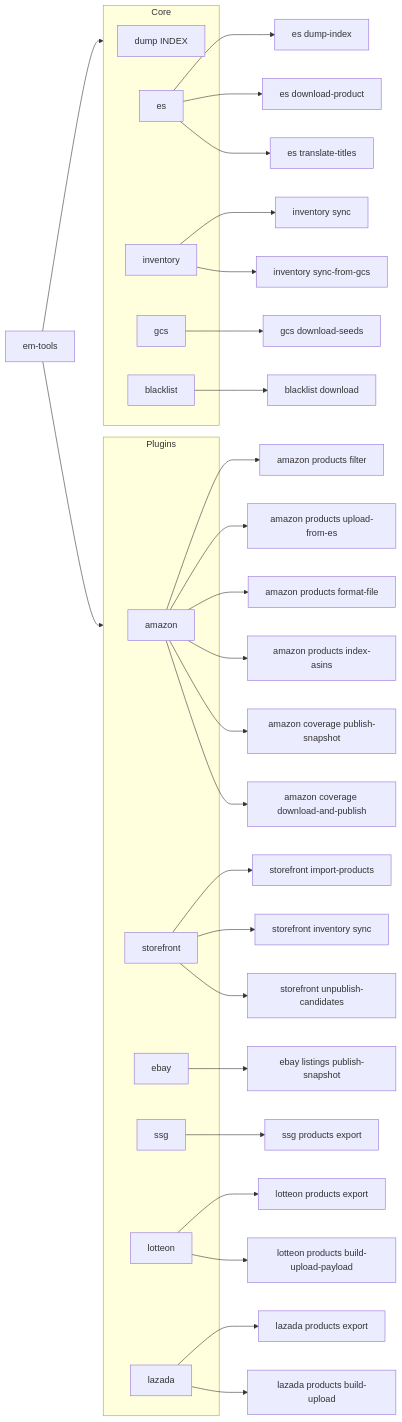
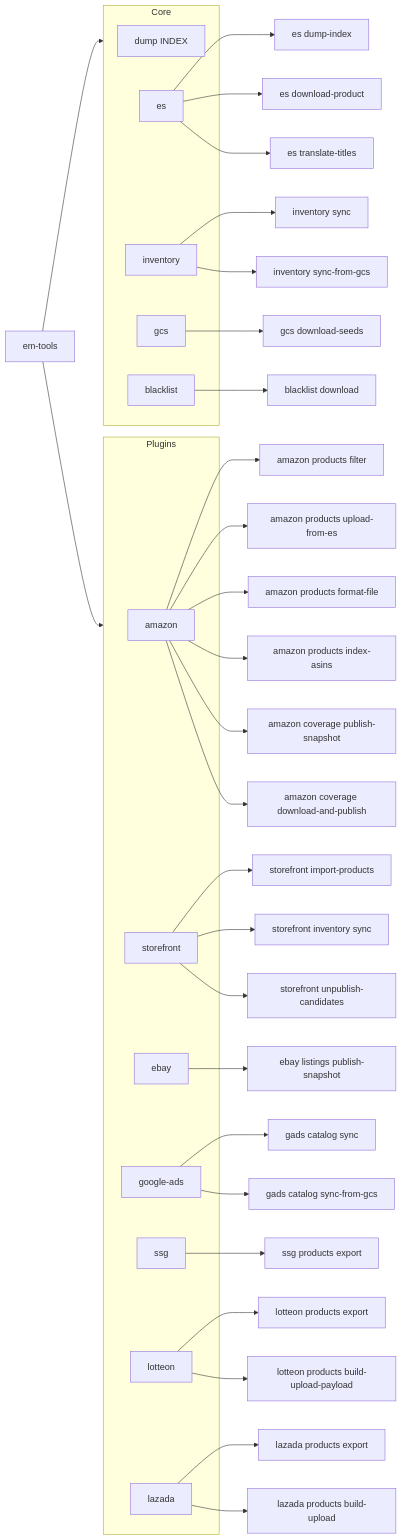
The diagram in docs/CLI.md (AriseshineSky/em-tools), drawn with Mermaid before and after one commit. The commit also changed other lines of this file and 15 other files, not shown here.

Commit message:
change gcs sync

````diff
--- a/docs/CLI.md
+++ b/docs/CLI.md
@@ -37,46 +37,49 @@
 ```mermaid
 flowchart LR
     Root[em-tools] --> Core
     Root --> Plugins
 
     subgraph Core
         Dump[dump INDEX]
         Es[es]
         Inv[inventory]
         Gcs[gcs]
         Bl[blacklist]
     end
 
     Es --> EsDump[es dump-index]
     Es --> EsDl[es download-product]
     Es --> EsTr[es translate-titles]
     Inv --> InvSync[inventory sync]
     Inv --> InvSyncOne[inventory sync-from-gcs]
     Gcs --> GcsSeeds[gcs download-seeds]
     Bl --> BlDl[blacklist download]
 
     subgraph Plugins
         Amz[amazon]
         Sf[storefront]
         Ebay[ebay]
+        Gads[google-ads]
         Ssg[ssg]
         Lot[lotteon]
         Laz[lazada]
     end
 
     Amz --> AmzF[amazon products filter]
     Amz --> AmzU[amazon products upload-from-es]
     Amz --> AmzFmt[amazon products format-file]
     Amz --> AmzA[amazon products index-asins]
     Sf --> SfImp[storefront import-products]
     Sf --> SfSync[storefront inventory sync]
     Sf --> SfUnp[storefront unpublish-candidates]
     Ebay --> EbayPub[ebay listings publish-snapshot]
+    Gads --> GadsCat[gads catalog sync]
+    Gads --> GadsCatOne[gads catalog sync-from-gcs]
     Amz --> AloPub[amazon coverage publish-snapshot]
     Amz --> AloDl[amazon coverage download-and-publish]
     Ssg --> SsgEx[ssg products export]
     Lot --> LotEx[lotteon products export]
     Lot --> LotUp[lotteon products build-upload-payload]
     Laz --> LazEx[lazada products export]
     Laz --> LazBu[lazada products build-upload]
 ```
````
